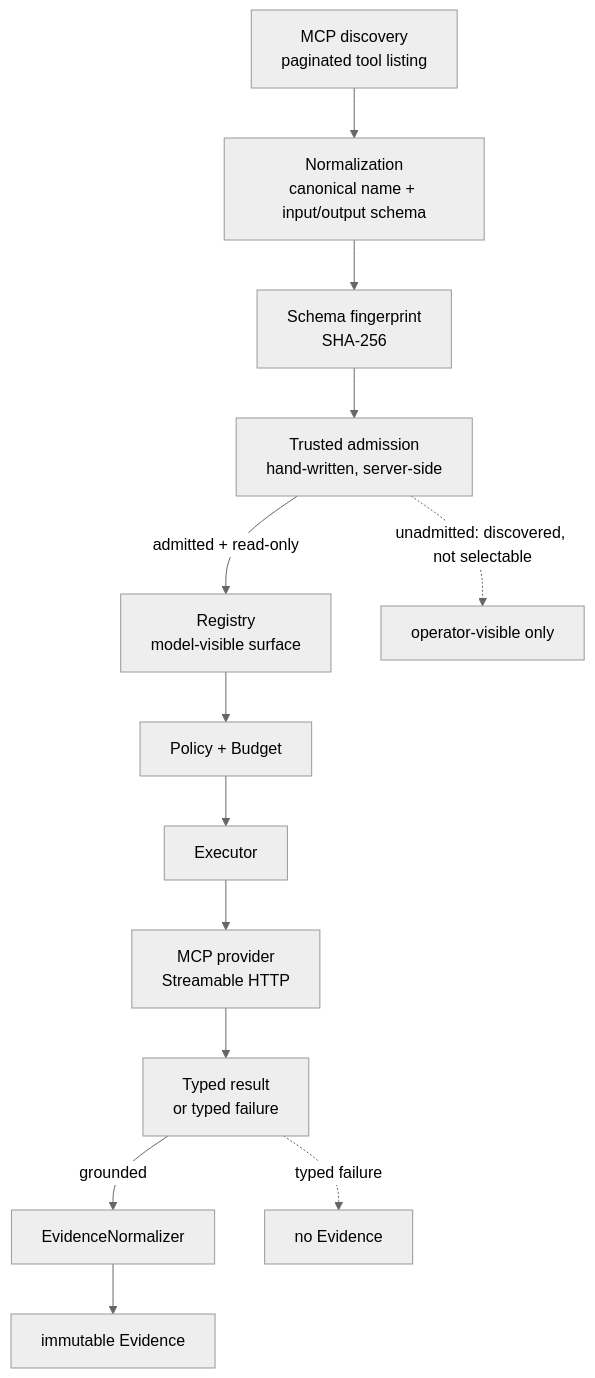
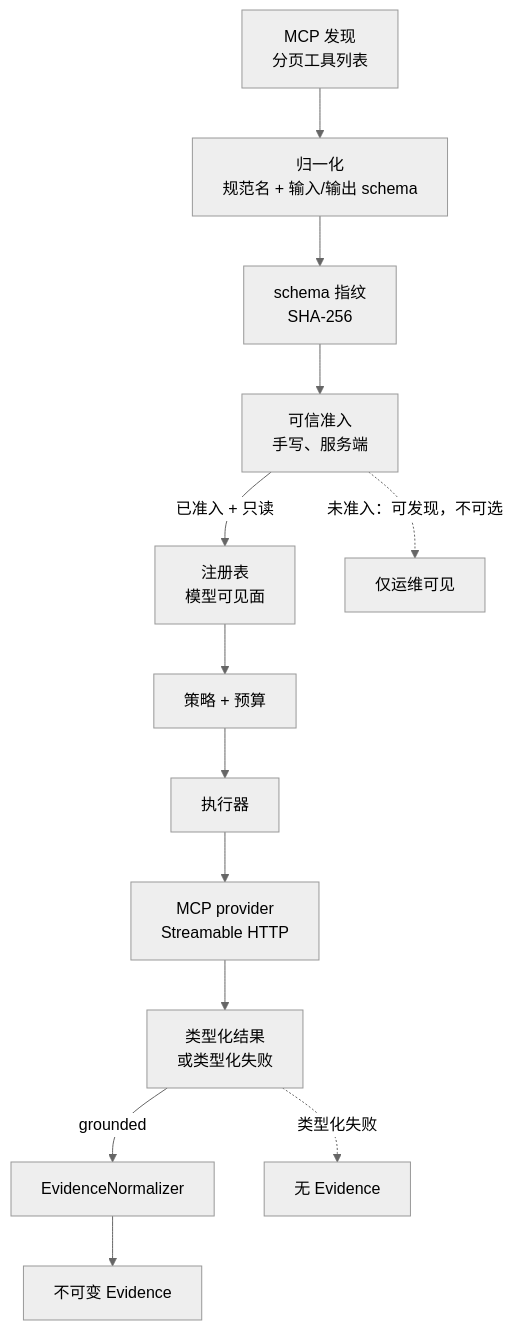
One commit to xsc683/HISIEM-SOC-Copilot changed the third of 8 diagrams in docs/status/architecture-overview.md. Above: the diagram before and after it, drawn with Mermaid (neutral theme). The commit also changed other lines of this file, not shown here.

First line of the commit message:
docs(status): translate architecture-overview.md to Chinese

````diff
--- a/docs/status/architecture-overview.md
+++ b/docs/status/architecture-overview.md
@@ -111,21 +108,21 @@
 ```mermaid
 flowchart TD
-    DISC["MCP discovery<br/>paginated tool listing"]
-    NORM["Normalization<br/>canonical name + input/output schema"]
-    FP["Schema fingerprint<br/>SHA-256"]
-    ADM["Trusted admission<br/>hand-written, server-side"]
-    REG["Registry<br/>model-visible surface"]
-    PB["Policy + Budget"]
-    EXE["Executor"]
+    DISC["MCP 发现<br/>分页工具列表"]
+    NORM["归一化<br/>规范名 + 输入/输出 schema"]
+    FP["schema 指纹<br/>SHA-256"]
+    ADM["可信准入<br/>手写、服务端"]
+    REG["注册表<br/>模型可见面"]
+    PB["策略 + 预算"]
+    EXE["执行器"]
     PROV["MCP provider<br/>Streamable HTTP"]
-    RES["Typed result<br/>or typed failure"]
+    RES["类型化结果<br/>或类型化失败"]
     EVN["EvidenceNormalizer"]
-    EV["immutable Evidence"]
+    EV["不可变 Evidence"]
 
     DISC --> NORM --> FP --> ADM
-    ADM -->|"admitted + read-only"| REG
-    ADM -.->|"unadmitted: discovered, not selectable"| OPS["operator-visible only"]
+    ADM -->|"已准入 + 只读"| REG
+    ADM -.->|"未准入：可发现，不可选"| OPS["仅运维可见"]
     REG --> PB --> EXE --> PROV --> RES
     RES -->|"grounded"| EVN --> EV
-    RES -.->|"typed failure"| NONE["no Evidence"]
+    RES -.->|"类型化失败"| NONE["无 Evidence"]
 ```
````
